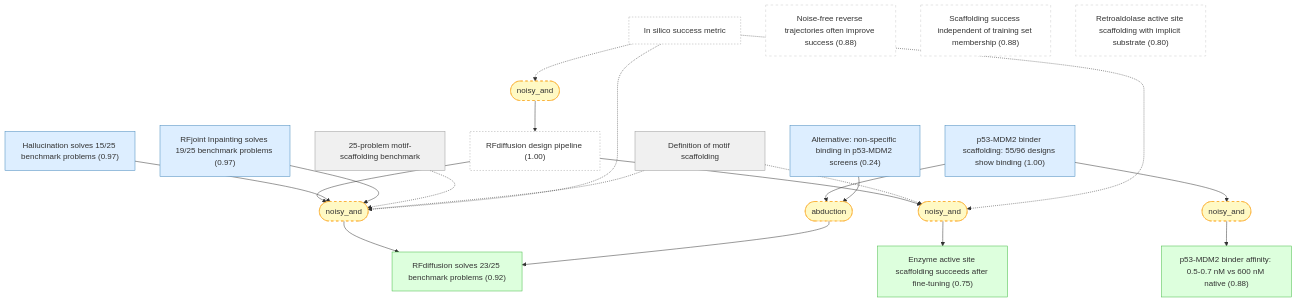
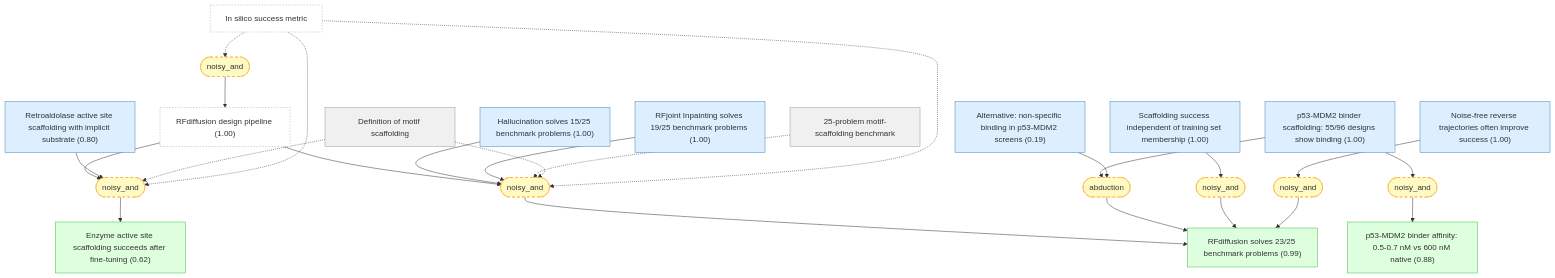
One commit to kunyuan/watson-rfdiffusion-2023-gaia changed the fifth of 8 diagrams in README.md. Above: the diagram before and after it, drawn with Mermaid. The commit also changed other lines of this file and 7 other files, not shown here.

First line of the commit message:
Connect remaining 5 orphaned claims into reasoning graph

````diff
--- a/README.md
+++ b/README.md
@@ -616,50 +616,57 @@
 ```mermaid
 graph TD
     in_silico_success_definition["In silico success metric"]:::external
     pipeline_description["RFdiffusion design pipeline (1.00)"]:::external
     motif_scaffolding_definition["Definition of motif scaffolding"]:::setting
     benchmark_definition["25-problem motif-scaffolding benchmark"]:::setting
-    rfdiffusion_benchmark_performance["RFdiffusion solves 23/25 benchmark problems (0.92)"]:::derived
-    hallucination_benchmark["Hallucination solves 15/25 benchmark problems (0.97)"]:::premise
-    rf_inpainting_benchmark["RFjoint Inpainting solves 19/25 benchmark problems (0.97)"]:::premise
-    noise_free_reverse["Noise-free reverse trajectories often improve success (0.88)"]:::orphan
-    motif_not_from_training["Scaffolding success independent of training set membership (0.88)"]:::orphan
+    rfdiffusion_benchmark_performance["RFdiffusion solves 23/25 benchmark problems (0.99)"]:::derived
+    hallucination_benchmark["Hallucination solves 15/25 benchmark problems (1.00)"]:::premise
+    rf_inpainting_benchmark["RFjoint Inpainting solves 19/25 benchmark problems (1.00)"]:::premise
+    noise_free_reverse["Noise-free reverse trajectories often improve success (1.00)"]:::premise
+    motif_not_from_training["Scaffolding success independent of training set membership (1.00)"]:::premise
     p53_mdm2_design["p53-MDM2 binder scaffolding: 55/96 designs show binding (1.00)"]:::premise
     p53_mdm2_affinity["p53-MDM2 binder affinity: 0.5-0.7 nM vs 600 nM native (0.88)"]:::derived
-    enzyme_scaffolding_success["Enzyme active site scaffolding succeeds after fine-tuning (0.75)"]:::derived
-    retroaldolase_demonstration["Retroaldolase active site scaffolding with implicit substrate (0.80)"]:::orphan
-    alt_nonspecific_binding_p53_mdm2["Alternative: non-specific binding in p53-MDM2 screens (0.24)"]:::premise
+    enzyme_scaffolding_success["Enzyme active site scaffolding succeeds after fine-tuning (0.62)"]:::derived
+    retroaldolase_demonstration["Retroaldolase active site scaffolding with implicit substrate (0.80)"]:::premise
+    alt_nonspecific_binding_p53_mdm2["Alternative: non-specific binding in p53-MDM2 screens (0.19)"]:::premise
     strat_3(["noisy_and"]):::weak
     in_silico_success_definition -.-> strat_3
     strat_3 --> pipeline_description
     strat_14(["noisy_and"]):::weak
     pipeline_description --> strat_14
     hallucination_benchmark --> strat_14
     rf_inpainting_benchmark --> strat_14
     benchmark_definition -.-> strat_14
     motif_scaffolding_definition -.-> strat_14
     in_silico_success_definition -.-> strat_14
     strat_14 --> rfdiffusion_benchmark_performance
     strat_15(["abduction"]):::weak
     p53_mdm2_design --> strat_15
     alt_nonspecific_binding_p53_mdm2 --> strat_15
     strat_15 --> rfdiffusion_benchmark_performance
     strat_16(["noisy_and"]):::weak
     p53_mdm2_design --> strat_16
     strat_16 --> p53_mdm2_affinity
     strat_17(["noisy_and"]):::weak
-    pipeline_description --> strat_17
-    motif_scaffolding_definition -.-> strat_17
-    in_silico_success_definition -.-> strat_17
-    strat_17 --> enzyme_scaffolding_success
+    motif_not_from_training --> strat_17
+    strat_17 --> rfdiffusion_benchmark_performance
+    strat_18(["noisy_and"]):::weak
+    noise_free_reverse --> strat_18
+    strat_18 --> rfdiffusion_benchmark_performance
+    strat_19(["noisy_and"]):::weak
+    pipeline_description --> strat_19
+    retroaldolase_demonstration --> strat_19
+    motif_scaffolding_definition -.-> strat_19
+    in_silico_success_definition -.-> strat_19
+    strat_19 --> enzyme_scaffolding_success
 
     classDef setting fill:#f0f0f0,stroke:#999,color:#333
     classDef premise fill:#ddeeff,stroke:#4488bb,color:#333
     classDef derived fill:#ddffdd,stroke:#44bb44,color:#333
     classDef question fill:#fff3dd,stroke:#cc9944,color:#333
     classDef background fill:#f5f5f5,stroke:#bbb,stroke-dasharray: 5 5,color:#333
     classDef orphan fill:#fff,stroke:#ccc,stroke-dasharray: 5 5,color:#333
     classDef external fill:#fff,stroke:#aaa,stroke-dasharray: 3 3,color:#333
     classDef weak fill:#fff9c4,stroke:#f9a825,stroke-dasharray: 5 5,color:#333
     classDef contra fill:#ffebee,stroke:#c62828,color:#333
 ```
````
